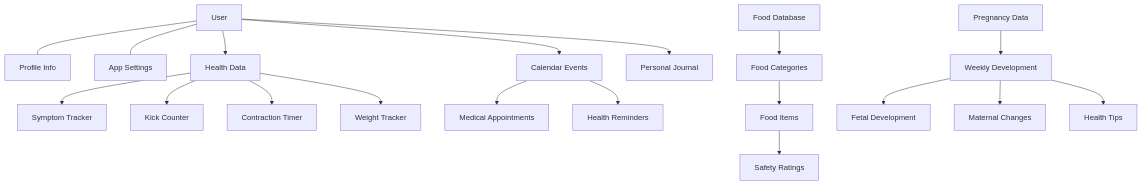
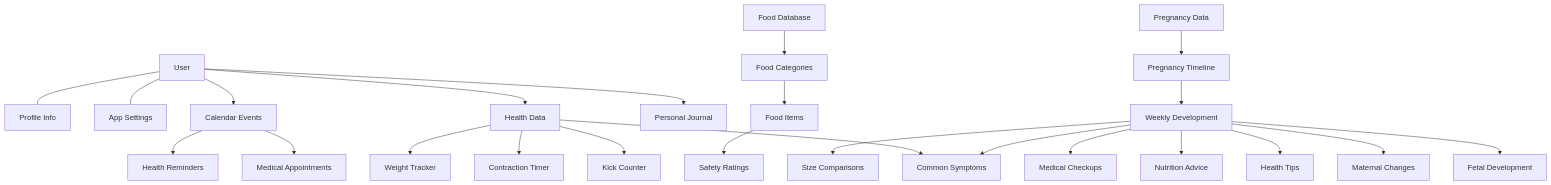
One commit to hugo-ribaud/bumb-buddy changed the first of 2 diagrams in memory-bank/systemPatterns.md. Above: the diagram before and after it, drawn with Mermaid. The commit also changed other lines of this file and 16 other files, not shown here.

First line of the commit message:
Implement pregnancy timeline feature and enhance internationalization support

````diff
--- a/memory-bank/systemPatterns.md
+++ b/memory-bank/systemPatterns.md
@@ -76,25 +89,30 @@
 ```mermaid
 flowchart TD
     User[User] --- Profile[Profile Info]
     User --- Settings[App Settings]
     User --> Health[Health Data]
     User --> Calendar[Calendar Events]
     User --> Journal[Personal Journal]
 
     Health --> Symptoms[Symptom Tracker]
     Health --> Kicks[Kick Counter]
     Health --> Contractions[Contraction Timer]
     Health --> Weight[Weight Tracker]
 
     Calendar --> Appointments[Medical Appointments]
     Calendar --> Reminders[Health Reminders]
 
     FoodDB[Food Database] --> Categories[Food Categories]
     Categories --> Foods[Food Items]
     Foods --> SafetyInfo[Safety Ratings]
 
-    PregnancyData[Pregnancy Data] --> WeeklyInfo[Weekly Development]
+    PregnancyData[Pregnancy Data] --> Timeline[Pregnancy Timeline]
+    Timeline --> WeeklyInfo[Weekly Development]
     WeeklyInfo --> FetalDev[Fetal Development]
     WeeklyInfo --> MaternalChanges[Maternal Changes]
     WeeklyInfo --> Tips[Health Tips]
+    WeeklyInfo --> Nutrition[Nutrition Advice]
+    WeeklyInfo --> Symptoms[Common Symptoms]
+    WeeklyInfo --> Checkups[Medical Checkups]
+    WeeklyInfo --> SizeComp[Size Comparisons]
 ```
````
